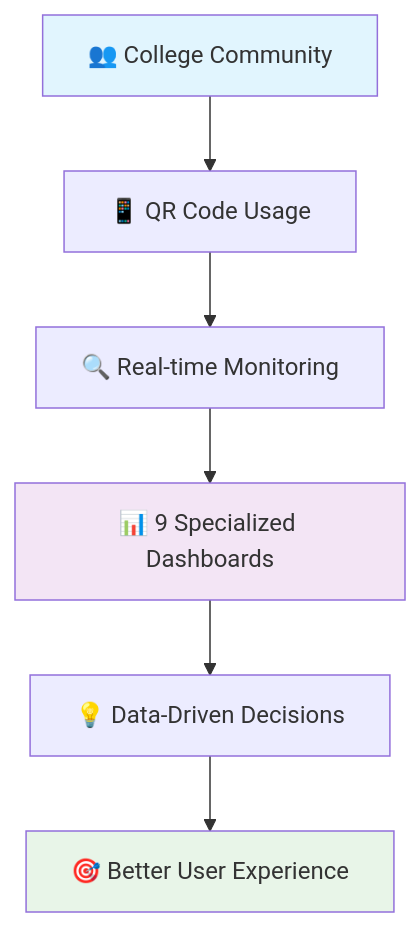
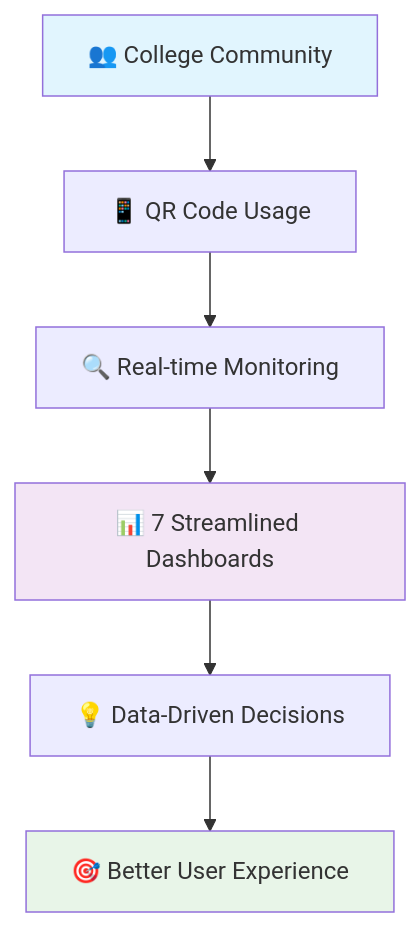
One commit to gsinghjay/mvp_qr_gen changed the first of 26 diagrams in GRAFANA.md. Above: the diagram before and after it, drawn with Mermaid. The commit also changed other lines of this file, not shown here.

Commit message:
docs: update GRAFANA.md with streamlined 7-dashboard architecture

````diff
--- a/GRAFANA.md
+++ b/GRAFANA.md
@@ -15,12 +15,12 @@
 ```mermaid
 graph TD
     A[👥 College Community] --> B[📱 QR Code Usage]
     B --> C[🔍 Real-time Monitoring]
-    C --> D[📊 9 Specialized Dashboards]
+    C --> D[📊 7 Streamlined Dashboards]
     D --> E[💡 Data-Driven Decisions]
     E --> F[🎯 Better User Experience]
     
     style A fill:#e1f5fe
     style D fill:#f3e5f5
     style F fill:#e8f5e8
 ```
````
